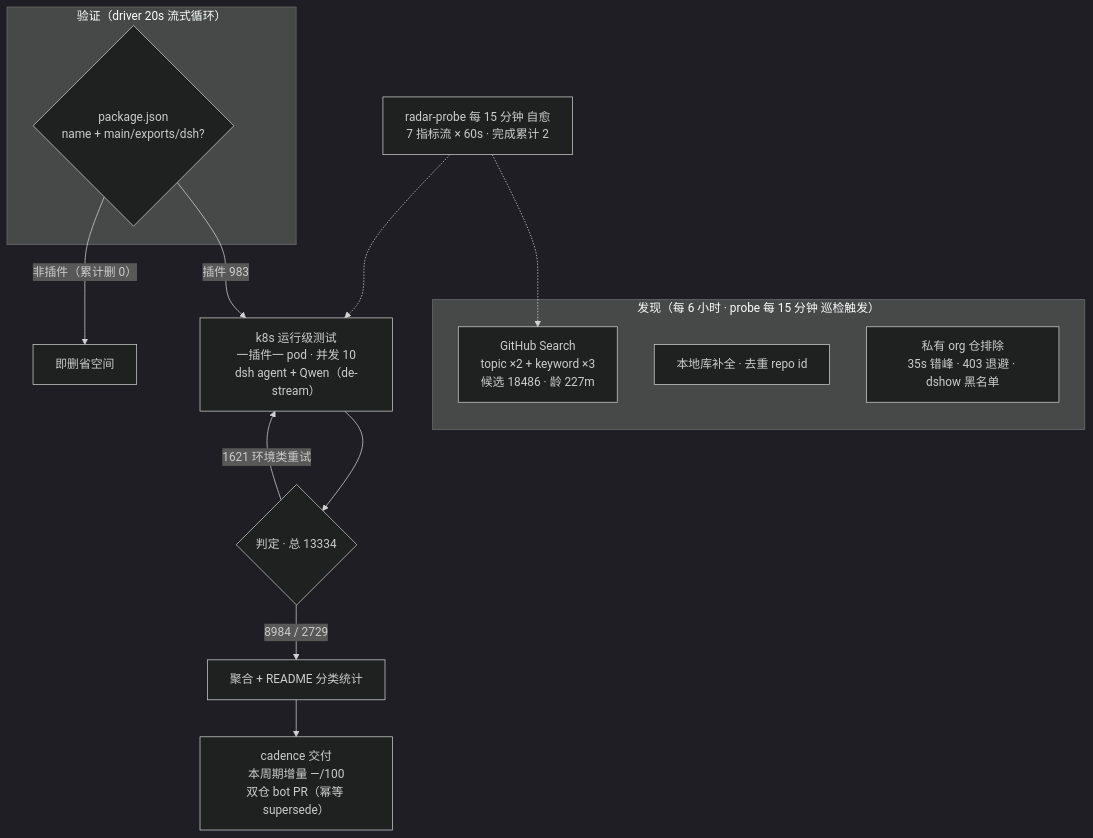
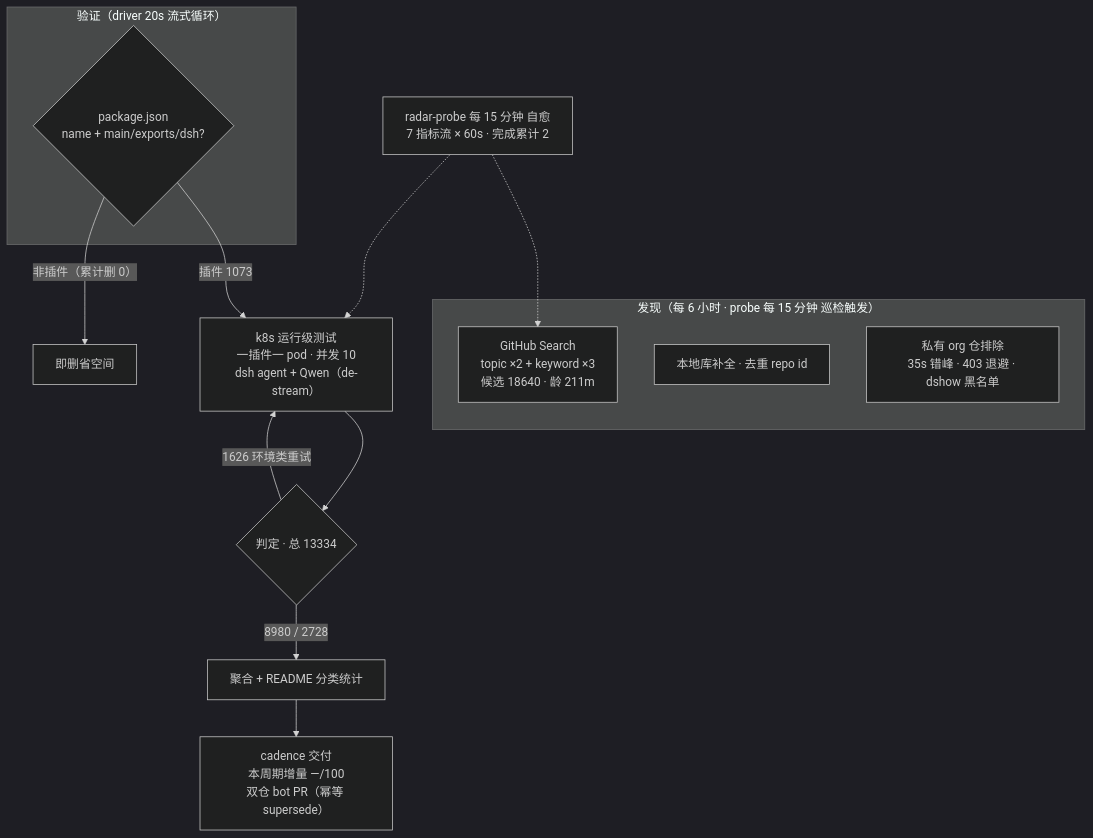
One commit to AdamPlatin123/dsh-plugin-radar changed the diagram in README.md. Above: the diagram before and after it, drawn with Mermaid (dark theme). The commit also changed other lines of this file and 16 other files, not shown here.

````diff
--- a/README.md
+++ b/README.md
@@ -52,20 +52,20 @@
 ```mermaid
 flowchart TB
     subgraph Discovery["发现（每 6 小时 · probe 每 15 分钟 巡检触发）"]
-        A1["GitHub Search<br/>topic ×2 + keyword ×3<br/>候选 18486 · 龄 227m"]
+        A1["GitHub Search<br/>topic ×2 + keyword ×3<br/>候选 18640 · 龄 211m"]
         A2["本地库补全 · 去重 repo id"]
         A3["私有 org 仓排除<br/>35s 错峰 · 403 退避 · dshow 黑名单"]
     end
     subgraph Validation["验证（driver 20s 流式循环）"]
         B1{"package.json<br/>name + main/exports/dsh?"}
     end
-    B1 -->|"插件 983"| C1["k8s 运行级测试<br/>一插件一 pod · 并发 10<br/>dsh agent + Qwen（de-stream）"]
+    B1 -->|"插件 1073"| C1["k8s 运行级测试<br/>一插件一 pod · 并发 10<br/>dsh agent + Qwen（de-stream）"]
     B1 -->|"非插件（累计删 0）"| B3["即删省空间"]
     C1 --> D1{"判定 · 总 13334"}
-    D1 -->|"8984 / 2729"| E1["聚合 + README 分类统计"]
-    D1 -->|"1621 环境类重试"| C1
+    D1 -->|"8980 / 2728"| E1["聚合 + README 分类统计"]
+    D1 -->|"1626 环境类重试"| C1
     E1 --> E2["cadence 交付<br/>本周期增量 —/100<br/>双仓 bot PR（幂等 supersede）"]
     M["radar-probe 每 15 分钟 自愈<br/>7 指标流 × 60s · 完成累计 2"]
     M -.-> A1
     M -.-> C1
 ```
````
